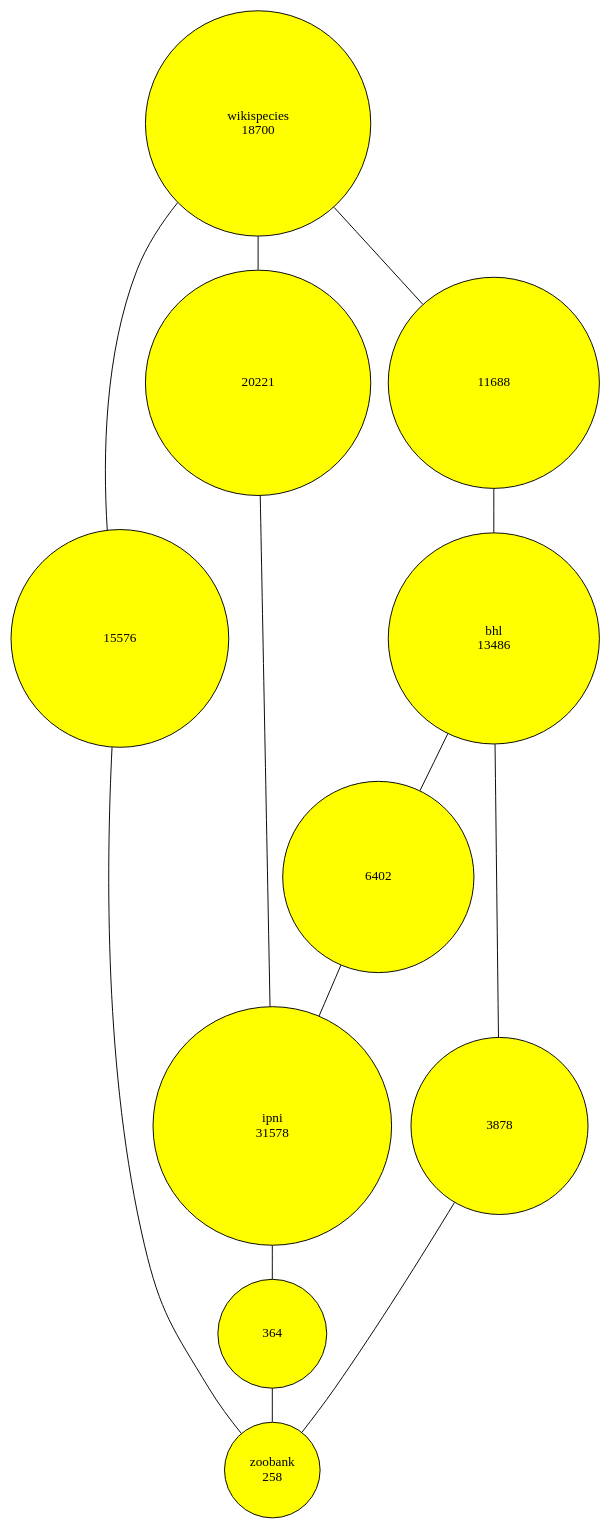
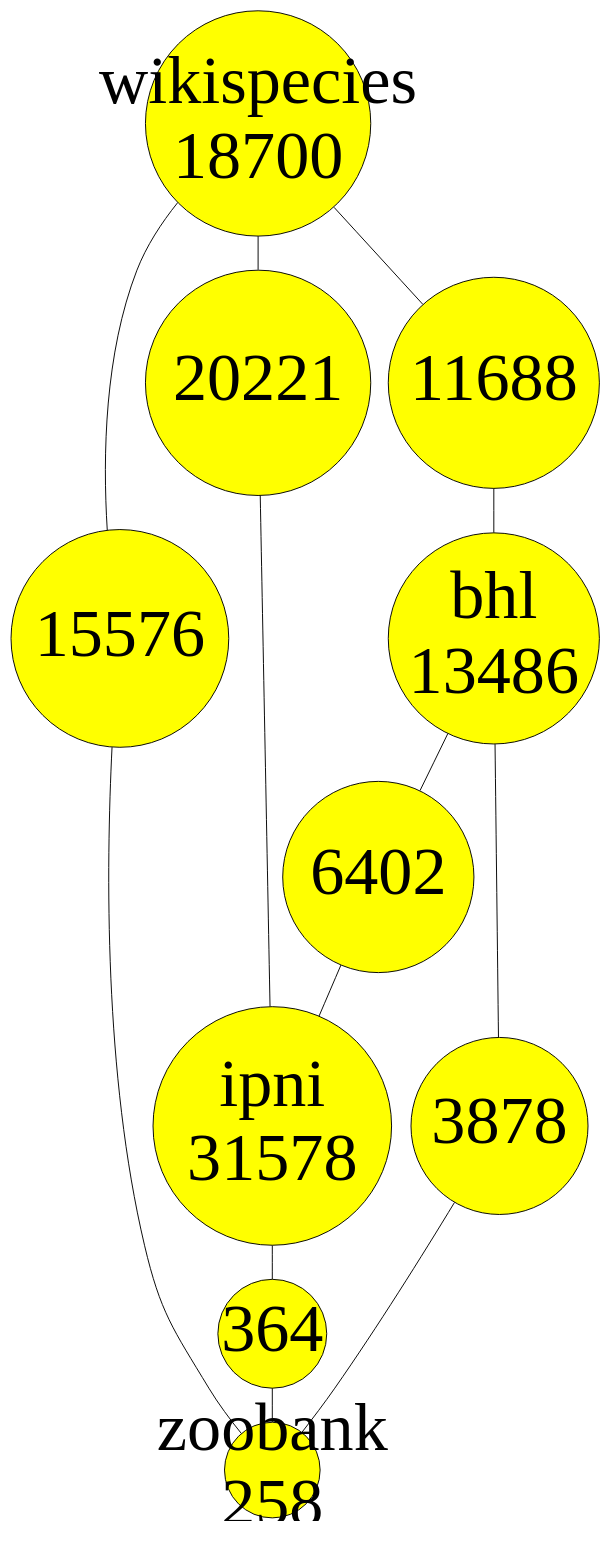
One commit to rdmpage/alec changed the diagram in manuscript/clusters.dot. Above: the diagram before and after it, drawn with Graphviz. The commit also changed 29 other files, not shown here.

```diff
--- a/manuscript/clusters.dot
+++ b/manuscript/clusters.dot
@@ -1,19 +1,20 @@
 graph G {
 overlap = false;
-node_ipni [shape=circle,fillcolor="yellow",style=filled,label="ipni\n31578",fixedsize=true,width="3.5"];
-node_bhl [shape=circle,fillcolor="yellow",style=filled,label="bhl\n13486",fixedsize=true,width="3.1"];
-node_zoobank [shape=circle,fillcolor="yellow",style=filled,label="zoobank\n258",fixedsize=true,width="1.4"];
-node_wikispecies [shape=circle,fillcolor="yellow",style=filled,label="wikispecies\n18700",fixedsize=true,width="3.3"];
-node_wikispecies_zoobank [shape=circle,fillcolor="yellow",style=filled,label="15576",fixedsize=true,width="3.2"];
-node_ipni_wikispecies [shape=circle,fillcolor="yellow",style=filled,label="20221",fixedsize=true,width="3.3"];
-node_bhl_wikispecies [shape=circle,fillcolor="yellow",style=filled,label="11688",fixedsize=true,width="3.1"];
-node_bhl_ipni [shape=circle,fillcolor="yellow",style=filled,label="6402",fixedsize=true,width="2.8"];
-node_ipni_zoobank [shape=circle,fillcolor="yellow",style=filled,label="364",fixedsize=true,width="1.6"];
-node_bhl_zoobank [shape=circle,fillcolor="yellow",style=filled,label="3878",fixedsize=true,width="2.6"];
+
+node_ipni [fontsize=72,shape=circle,fillcolor="yellow",style=filled,label="ipni\n31578",fixedsize=true,width="3.5"];
+node_bhl [fontsize=72,shape=circle,fillcolor="yellow",style=filled,label="bhl\n13486",fixedsize=true,width="3.1"];
+node_zoobank [fontsize=72,shape=circle,fillcolor="yellow",style=filled,label="zoobank\n258",fixedsize=true,width="1.4"];
+node_wikispecies [fontsize=72,shape=circle,fillcolor="yellow",style=filled,label="wikispecies\n18700",fixedsize=true,width="3.3"];
+node_wikispecies_zoobank [fontsize=72,shape=circle,fillcolor="yellow",style=filled,label="15576",fixedsize=true,width="3.2"];
+node_ipni_wikispecies [fontsize=72,shape=circle,fillcolor="yellow",style=filled,label="20221",fixedsize=true,width="3.3"];
+node_bhl_wikispecies [fontsize=72,shape=circle,fillcolor="yellow",style=filled,label="11688",fixedsize=true,width="3.1"];
+node_bhl_ipni [fontsize=72,shape=circle,fillcolor="yellow",style=filled,label="6402",fixedsize=true,width="2.8"];
+node_ipni_zoobank [fontsize=72,shape=circle,fillcolor="yellow",style=filled,label="364",fixedsize=true,width="1.6"];
+node_bhl_zoobank [fontsize=72,shape=circle,fillcolor="yellow",style=filled,label="3878",fixedsize=true,width="2.6"];
 node_wikispecies -- node_wikispecies_zoobank -- node_zoobank;
 node_wikispecies -- node_ipni_wikispecies -- node_ipni;
 node_wikispecies -- node_bhl_wikispecies -- node_bhl;
 node_bhl -- node_bhl_ipni -- node_ipni;
 node_ipni -- node_ipni_zoobank -- node_zoobank;
 node_bhl -- node_bhl_zoobank -- node_zoobank;
 }
```
